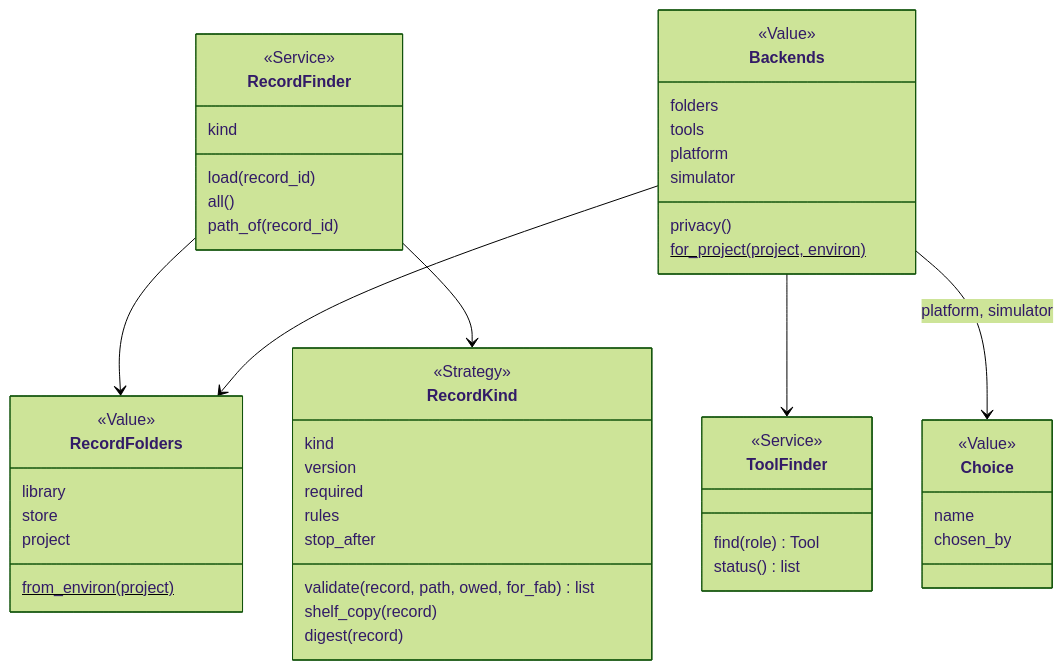
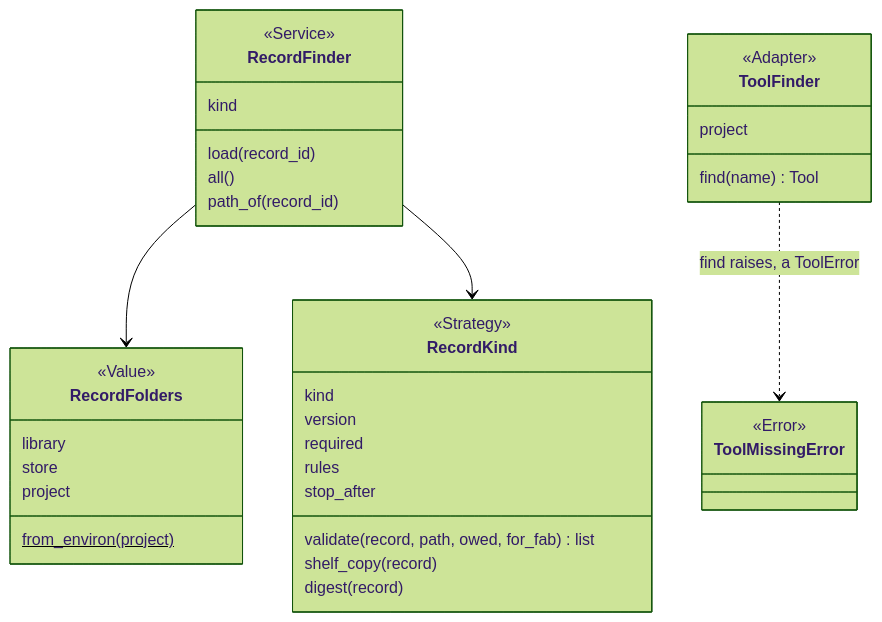
The first of 2 diagrams in docs/discovery/2026-10-19-p323-target-architecture/architecture/areas/records.md (xmejkal/spark), drawn with Mermaid (forest theme) before and after one commit. The commit also changed other lines of this file and 46 other files, not shown here.

````diff
--- a/docs/discovery/2026-10-19-p323-target-architecture/architecture/areas/records.md
+++ b/docs/discovery/2026-10-19-p323-target-architecture/architecture/areas/records.md
@@ -64,52 +65,39 @@
 ```mermaid
 classDiagram
   class RecordFolders {
     <<Value>>
     library
     store
     project
     from_environ(project)$
   }
   class RecordFinder {
     <<Service>>
     kind
     load(record_id)
     all()
     path_of(record_id)
   }
   class RecordKind {
     <<Strategy>>
     kind
     version
     required
     rules
     stop_after
     validate(record, path, owed, for_fab) list
     shelf_copy(record)
     digest(record)
   }
   class ToolFinder {
-    <<Service>>
-    find(role) Tool
-    status() list
+    <<Adapter>>
+    project
+    find(name) Tool
   }
-  class Backends {
-    <<Value>>
-    folders
-    tools
-    platform
-    simulator
-    privacy()
-    for_project(project, environ)$
-  }
-  class Choice {
-    <<Value>>
-    name
-    chosen_by
+  class ToolMissingError {
+    <<Error>>
   }
   RecordFinder --> RecordFolders
   RecordFinder --> RecordKind
-  Backends --> RecordFolders
-  Backends --> ToolFinder
-  Backends --> Choice : platform, simulator
+  ToolFinder ..> ToolMissingError : find raises, a ToolError
 ```
````
